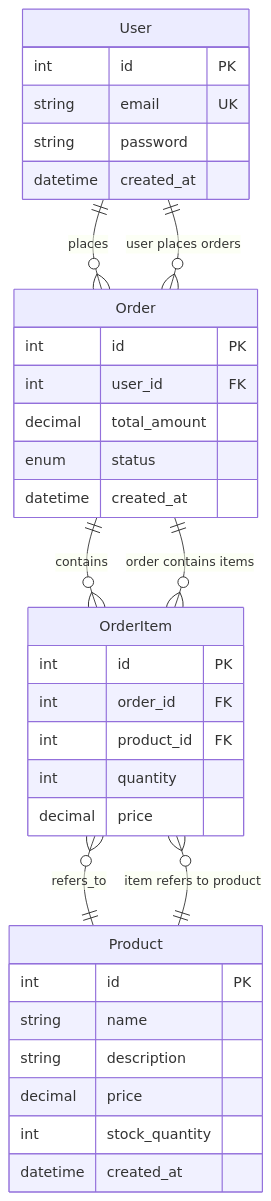
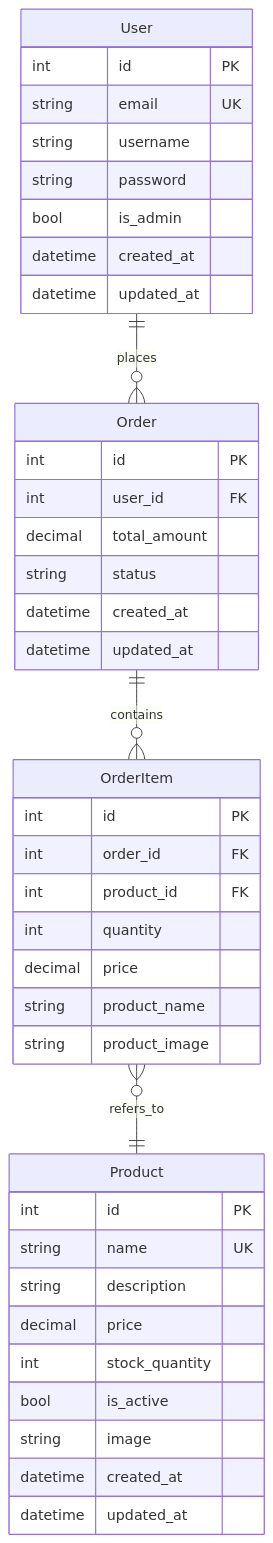
Before and after one commit to guilopes15/sabores-da-terra: the diagram in docs/entidades.md, drawn with Mermaid. The commit also changed other lines of this file and 26 other files, not shown here.

````diff
--- a/docs/entidades.md
+++ b/docs/entidades.md
@@ -1,42 +15,47 @@
 ```mermaid
 erDiagram
     User ||--o{ Order : places
+    Order ||--o{ OrderItem : contains
+    OrderItem }o--|| Product : refers_to
+
     User {
         int id PK
         string email UK
+        string username
         string password
+        bool is_admin
         datetime created_at
+        datetime updated_at
     }
 
     Product {
         int id PK
-        string name
+        string name UK
         string description
         decimal price
         int stock_quantity
+        bool is_active
+        string image
         datetime created_at
+        datetime updated_at
     }
 
-    Order ||--o{ OrderItem : contains
     Order {
         int id PK
         int user_id FK
         decimal total_amount
-        enum status
+        string status
         datetime created_at
+        datetime updated_at
     }
 
-    OrderItem }o--|| Product : refers_to
     OrderItem {
         int id PK
         int order_id FK
         int product_id FK
         int quantity
         decimal price
+        string product_name
+        string product_image
     }
-
-    User ||--o{ Order : "user places orders"
-    Order ||--o{ OrderItem : "order contains items"
-    OrderItem }o--|| Product : "item refers to product"
-
 ```
````
